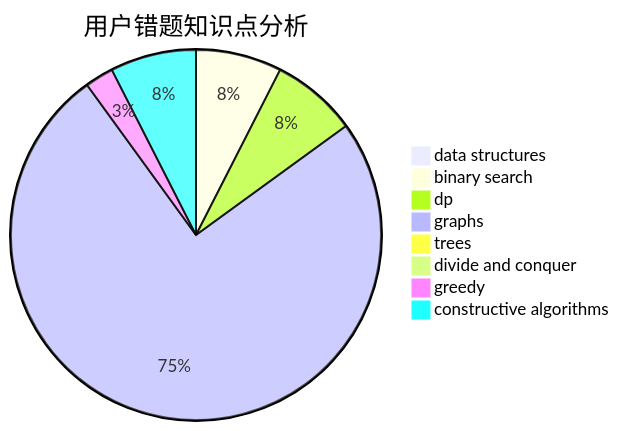
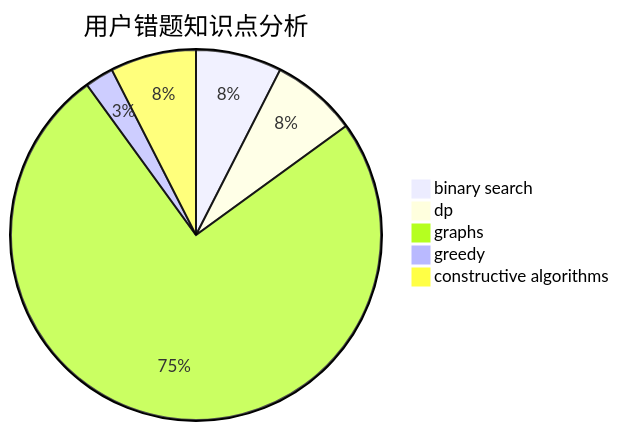
One commit to sherpahu/cfrs.github.io changed the third of 3 diagrams in docs/user/u662.md. Above: the diagram before and after it, drawn with Mermaid. The commit also changed other lines of this file and 2770 other files, not shown here.

````diff
--- a/docs/user/u662.md
+++ b/docs/user/u662.md
@@ -31,11 +29,8 @@
 ```mermaid
 pie title 用户错题知识点分析
-    "data structures" :  0
     "binary search" :  6
     "dp" :  6
     "graphs" :  60
-    "trees" :  0
-    "divide and conquer" :  0
     "greedy" :  2
     "constructive algorithms" :  6
 ```
````
